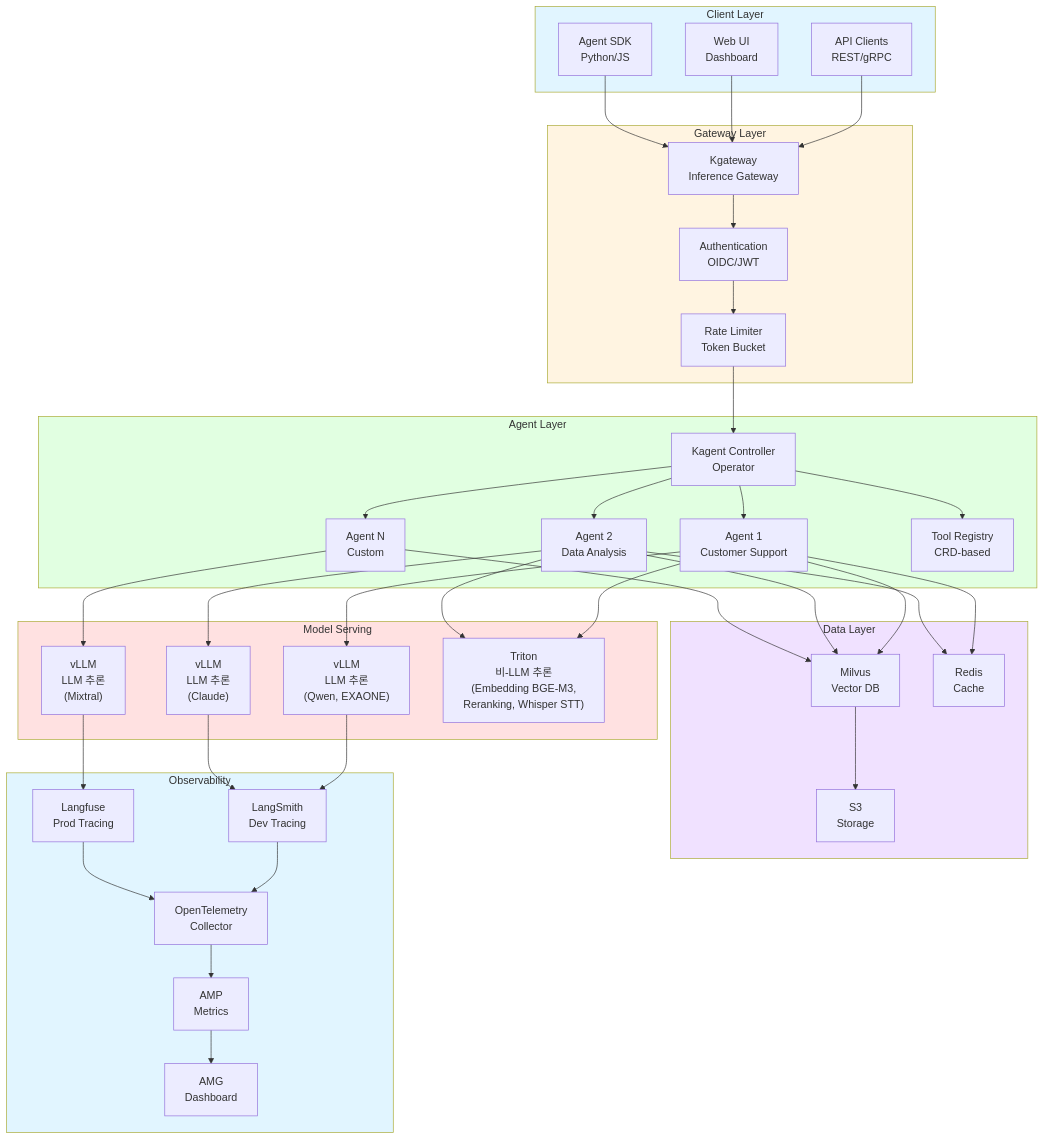
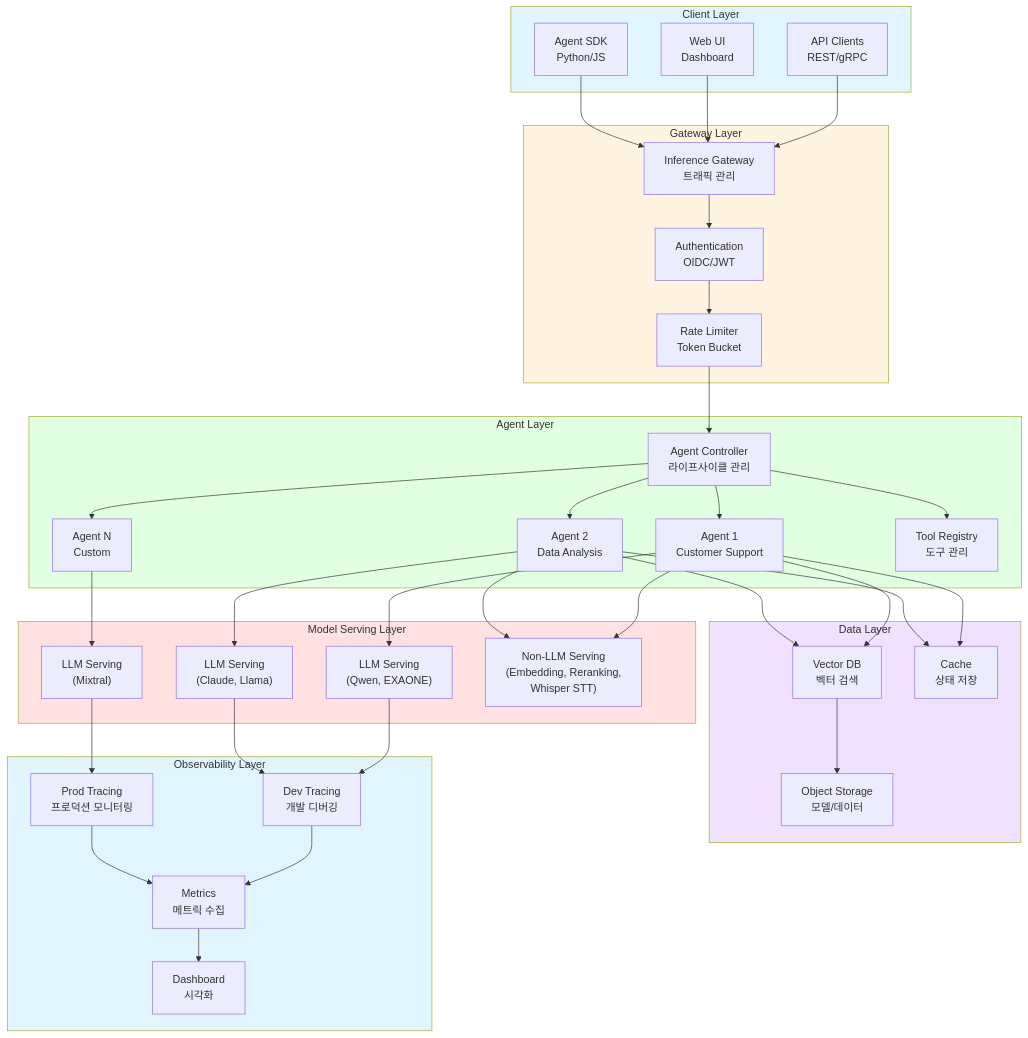
One commit to devfloor9/engineering-playbook changed the first of 9 diagrams in docs/agentic-ai-platform/design-architecture/agentic-platform-architecture.md. Above: the diagram before and after it, drawn with Mermaid. The commit also changed other lines of this file and 6 other files, not shown here.

First line of the commit message:
refactor: design-architecture 문서 흐름 재구성 + 콘텐츠 재배치

````diff
--- a/docs/agentic-ai-platform/design-architecture/agentic-platform-architecture.md
+++ b/docs/agentic-ai-platform/design-architecture/agentic-platform-architecture.md
@@ -49,79 +49,76 @@
 ```mermaid
 flowchart TD
     subgraph ClientLayer["Client Layer"]
         CLIENT["API Clients<br/>REST/gRPC"]
         UI["Web UI<br/>Dashboard"]
         SDK["Agent SDK<br/>Python/JS"]
     end
 
     subgraph GatewayLayer["Gateway Layer"]
-        KGWY["Kgateway<br/>Inference Gateway"]
+        IGW["Inference Gateway<br/>트래픽 관리"]
         AUTH["Authentication<br/>OIDC/JWT"]
         RATE["Rate Limiter<br/>Token Bucket"]
     end
 
     subgraph AgentLayer["Agent Layer"]
-        KAGENT["Kagent Controller<br/>Operator"]
+        CTRL["Agent Controller<br/>라이프사이클 관리"]
         AGENT1["Agent 1<br/>Customer Support"]
         AGENT2["Agent 2<br/>Data Analysis"]
         AGENTN["Agent N<br/>Custom"]
-        TOOLS["Tool Registry<br/>CRD-based"]
+        TOOLS["Tool Registry<br/>도구 관리"]
     end
 
-    subgraph ModelLayer["Model Serving"]
-        VLLM1["vLLM<br/>LLM 추론<br/>(Qwen, EXAONE)"]
-        VLLM2["vLLM<br/>LLM 추론<br/>(Claude)"]
-        VLLM3["vLLM<br/>LLM 추론<br/>(Mixtral)"]
-        TRITON["Triton<br/>비-LLM 추론<br/>(Embedding BGE-M3,<br/>Reranking, Whisper STT)"]
+    subgraph ModelLayer["Model Serving Layer"]
+        LLM1["LLM Serving<br/>(Qwen, EXAONE)"]
+        LLM2["LLM Serving<br/>(Claude, Llama)"]
+        LLM3["LLM Serving<br/>(Mixtral)"]
+        NONLLM["Non-LLM Serving<br/>(Embedding, Reranking,<br/>Whisper STT)"]
     end
 
     subgraph DataLayer["Data Layer"]
-        MILVUS["Milvus<br/>Vector DB"]
-        REDIS["Redis<br/>Cache"]
-        S3["S3<br/>Storage"]
+        VECTOR["Vector DB<br/>벡터 검색"]
+        CACHE["Cache<br/>상태 저장"]
+        STORAGE["Object Storage<br/>모델/데이터"]
     end
 
-    subgraph ObsLayer["Observability"]
-        LANGSMITH["LangSmith<br/>Dev Tracing"]
-        LANGFUSE["Langfuse<br/>Prod Tracing"]
-        AMP["AMP<br/>Metrics"]
-        AMG["AMG<br/>Dashboard"]
-        OTEL["OpenTelemetry<br/>Collector"]
+    subgraph ObsLayer["Observability Layer"]
+        DEV_TRACE["Dev Tracing<br/>개발 디버깅"]
+        PROD_TRACE["Prod Tracing<br/>프로덕션 모니터링"]
+        METRICS["Metrics<br/>메트릭 수집"]
+        DASHBOARD["Dashboard<br/>시각화"]
     end
 
-    CLIENT --> KGWY
-    UI --> KGWY
-    SDK --> KGWY
-    KGWY --> AUTH
+    CLIENT --> IGW
+    UI --> IGW
+    SDK --> IGW
+    IGW --> AUTH
     AUTH --> RATE
-    RATE --> KAGENT
-    KAGENT --> AGENT1
-    KAGENT --> AGENT2
-    KAGENT --> AGENTN
-    KAGENT --> TOOLS
-    AGENT1 --> VLLM1
-    AGENT2 --> VLLM2
-    AGENTN --> VLLM3
-    AGENT1 --> MILVUS
-    AGENT2 --> MILVUS
-    AGENTN --> MILVUS
-    AGENT1 --> TRITON
-    AGENT2 --> TRITON
-    AGENT1 --> REDIS
-    AGENT2 --> REDIS
-    MILVUS --> S3
-    VLLM1 --> LANGSMITH
-    VLLM2 --> LANGSMITH
-    VLLM3 --> LANGFUSE
-    LANGSMITH --> OTEL
-    LANGFUSE --> OTEL
-    OTEL --> AMP
-    AMP --> AMG
+    RATE --> CTRL
+    CTRL --> AGENT1
+    CTRL --> AGENT2
+    CTRL --> AGENTN
+    CTRL --> TOOLS
+    AGENT1 --> LLM1
+    AGENT2 --> LLM2
+    AGENTN --> LLM3
+    AGENT1 --> VECTOR
+    AGENT2 --> VECTOR
+    AGENT1 --> NONLLM
+    AGENT2 --> NONLLM
+    AGENT1 --> CACHE
+    AGENT2 --> CACHE
+    VECTOR --> STORAGE
+    LLM1 --> DEV_TRACE
+    LLM2 --> DEV_TRACE
+    LLM3 --> PROD_TRACE
+    DEV_TRACE --> METRICS
+    PROD_TRACE --> METRICS
+    METRICS --> DASHBOARD
 
     style ClientLayer fill:#e1f5ff
     style GatewayLayer fill:#fff4e1
     style AgentLayer fill:#e1ffe1
     style ModelLayer fill:#ffe1e1
     style DataLayer fill:#f0e1ff
     style ObsLayer fill:#e1f5ff
 ```
````
